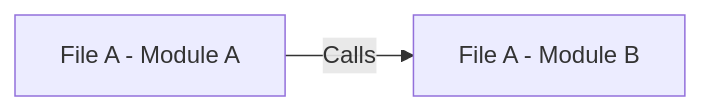
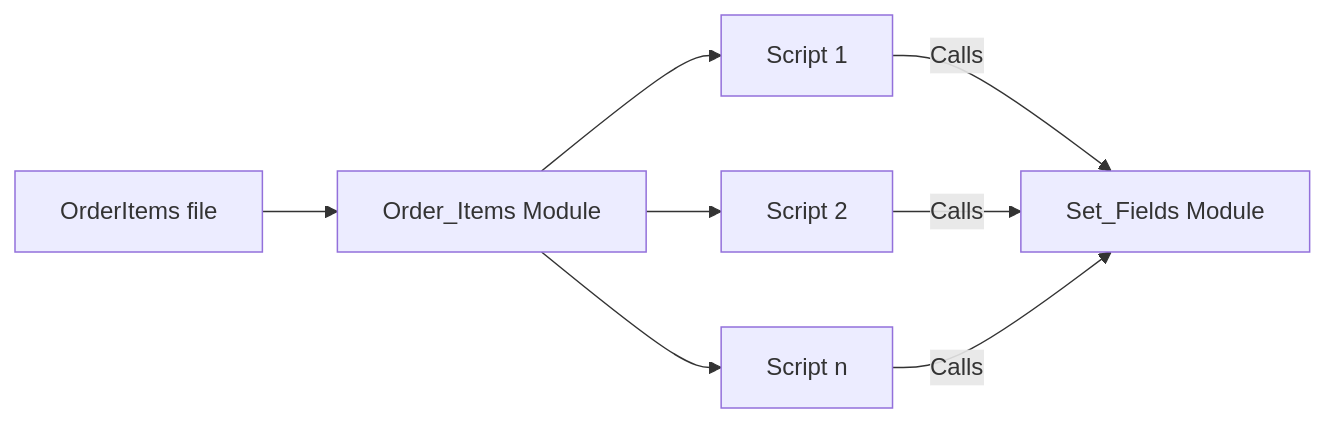
Before and after one commit to CloudChi/FX-Framework: the first of 2 diagrams in Dependencies.md, drawn with Mermaid. The commit also changed other lines of this file and 2 other files, not shown here.

````diff
--- a/Dependencies.md
+++ b/Dependencies.md
@@ -15,4 +15,10 @@
 ```mermaid
 graph LR
-A[File A - Module A] -- Calls --> E[File A - Module B] 
+A[OrderItems file]  --> B[Order_Items Module]
+B --> C[Script 1]
+B --> D[Script 2]
+B --> E[Script n]
+C -- Calls --> F[Set_Fields Module]
+D -- Calls --> F 
+E -- Calls --> F 
 ```
````
